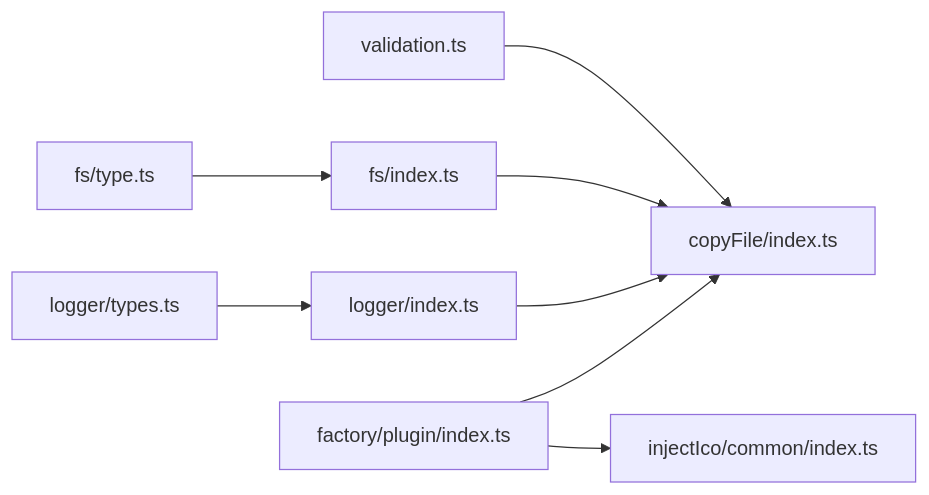
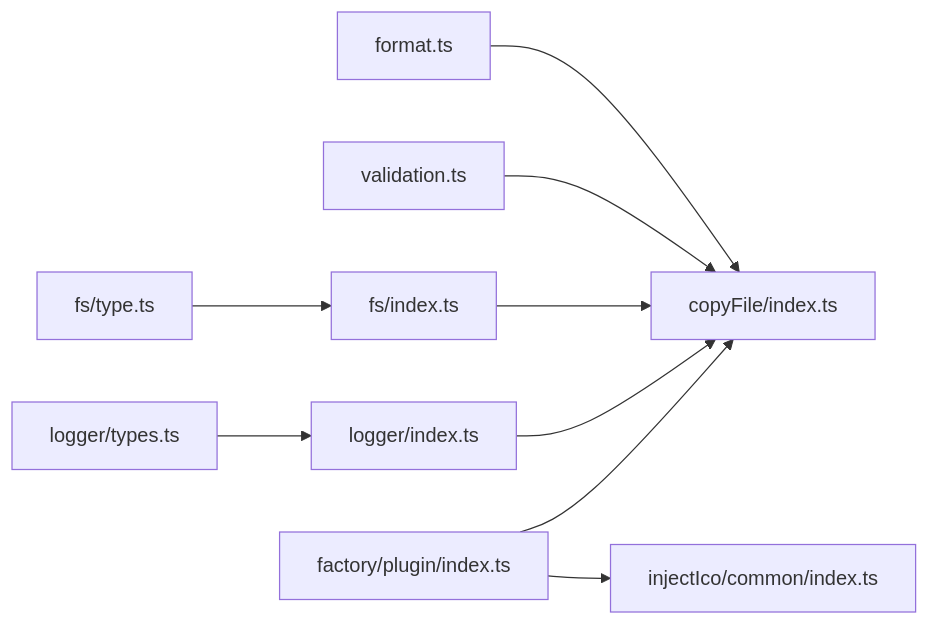
Before and after one commit to MengXi-Studio/vite-plugin: the sixth of 6 diagrams in .qoder/repowiki/zh/content/工具模块/工具模块.md, drawn with Mermaid. The commit also changed other lines of this file and 3 other files, not shown here.

````diff
--- a/.qoder/repowiki/zh/content/工具模块/工具模块.md
+++ b/.qoder/repowiki/zh/content/工具模块/工具模块.md
@@ -390,10 +469,11 @@
 ```mermaid
 graph LR
-VAL["validation.ts"] --> CP["copyFile/index.ts"]
+FORMAT["format.ts"] --> CP["copyFile/index.ts"]
+VAL["validation.ts"] --> CP
 FS["fs/index.ts"] --> CP
 LOG["logger/index.ts"] --> CP
 BASE["factory/plugin/index.ts"] --> CP
 BASE --> ICO["injectIco/common/index.ts"]
 FST["fs/type.ts"] --> FS
 LOGT["logger/types.ts"] --> LOG
 ```
````
